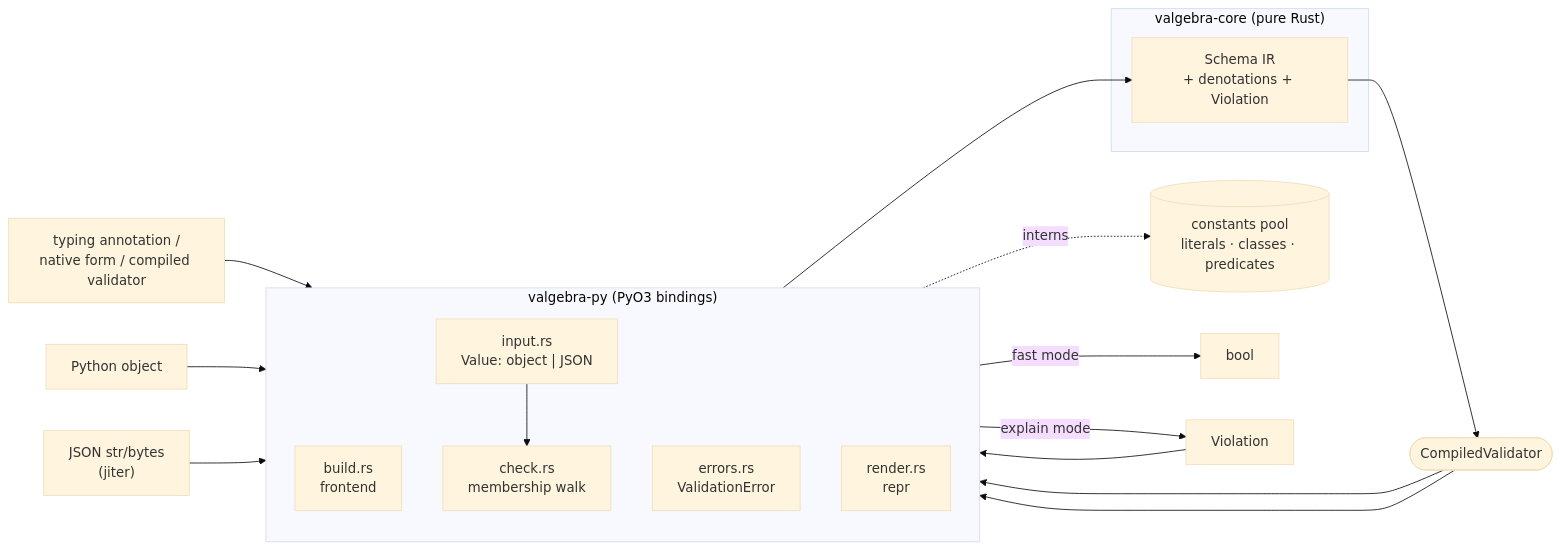
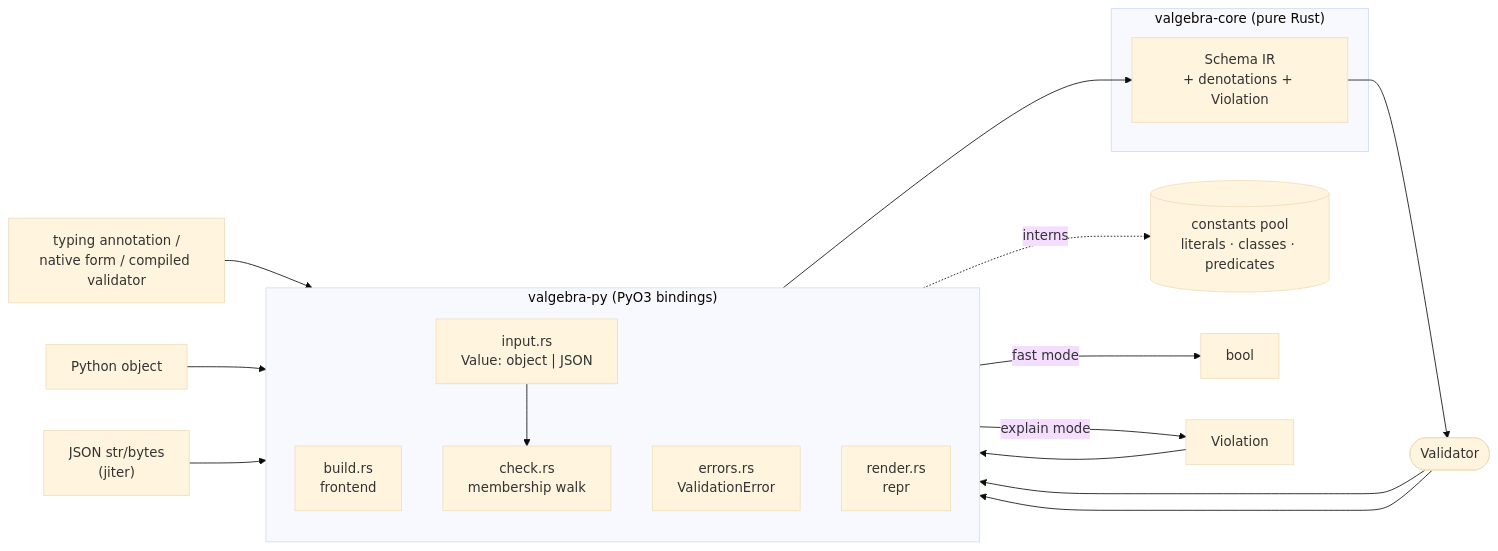
Before and after one commit to ppigazzini/valgebra: the diagram in ARCHITECTURE.md, drawn with Mermaid (base theme). The commit also changed other lines of this file and 61 other files, not shown here.

````diff
--- a/ARCHITECTURE.md
+++ b/ARCHITECTURE.md
@@ -30,28 +30,28 @@
 ```mermaid
 flowchart LR
     subgraph py["valgebra-py (PyO3 bindings)"]
         direction TB
         FE["build.rs<br/>frontend"]
         CHK["check.rs<br/>membership walk"]
         INP["input.rs<br/>Value: object | JSON"]
         ERRM["errors.rs<br/>ValidationError"]
         REN["render.rs<br/>repr"]
     end
     subgraph core["valgebra-core (pure Rust)"]
         IR["Schema IR<br/>+ denotations + Violation"]
     end
 
     SPEC["typing annotation /<br/>native form / compiled validator"] --> FE
     FE --> IR
     FE -. interns .-> POOL[("constants pool<br/>literals · classes · predicates")]
-    IR --> CV(["CompiledValidator"])
+    IR --> CV(["Validator"])
 
     OBJ["Python object"] --> INP
     JS["JSON str/bytes<br/>(jiter)"] --> INP
     CV --> CHK
     INP --> CHK
     CHK -->|fast mode| BOOL["bool"]
     CHK -->|explain mode| VIO["Violation"]
     VIO --> ERRM
     CV --> REN
 ```
````
